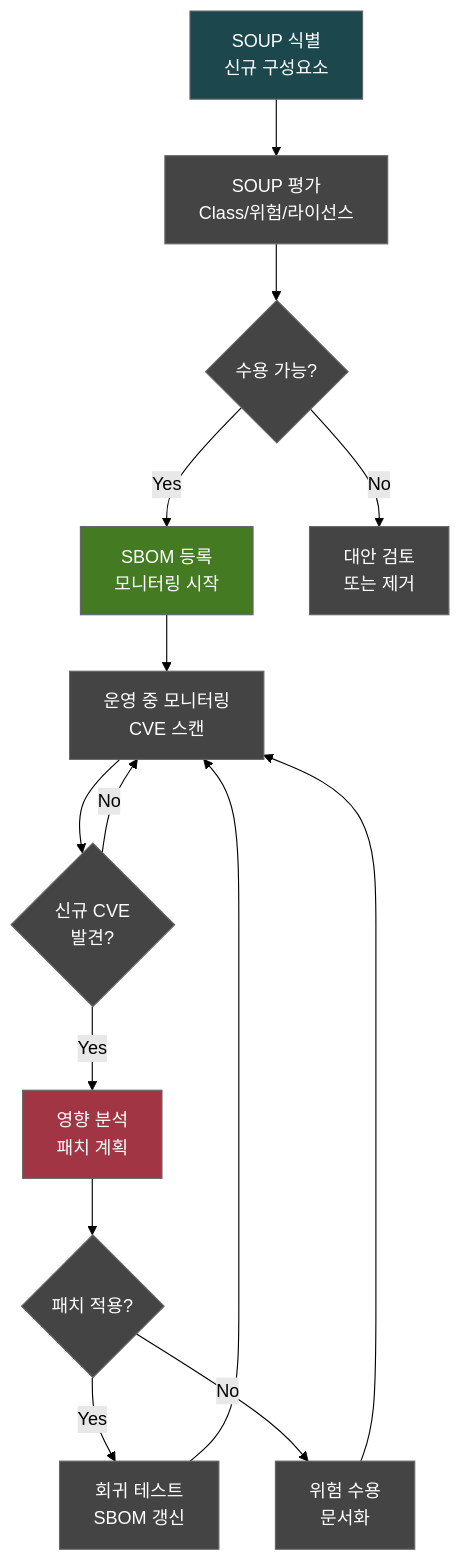
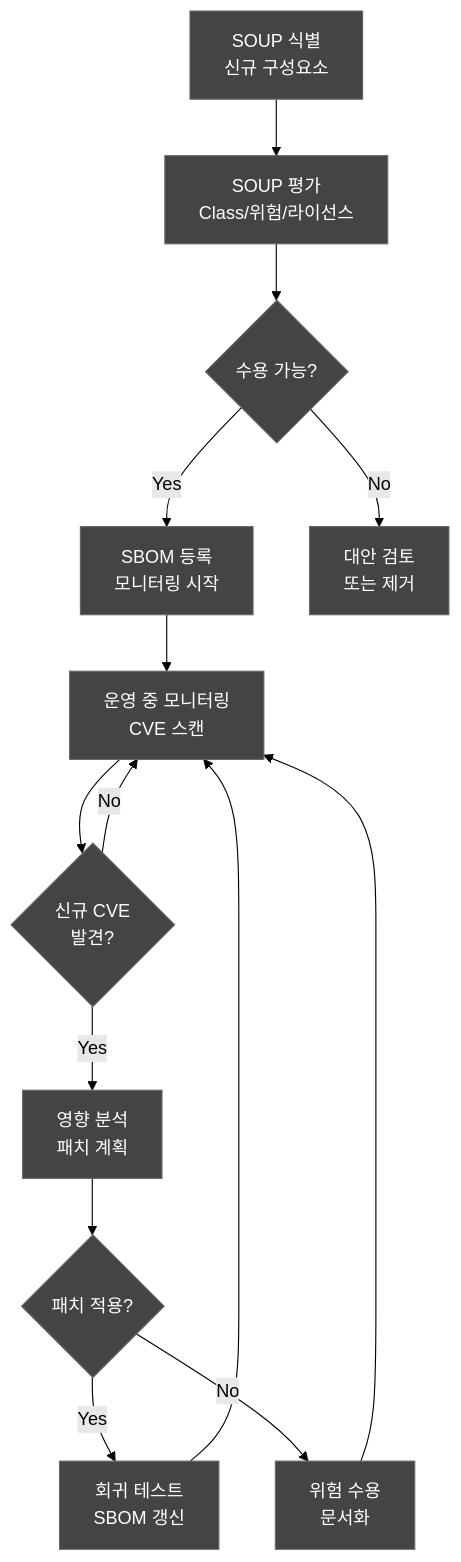
Before and after one commit to holee9/console-gui: the third of 3 diagrams in docs/verification/DOC-033_SOUP_Report_v1.0.md, drawn with Mermaid (forest theme). The commit also changed other lines of this file and 35 other files, not shown here.

First line of the commit message:
fix: 전체 Mermaid 차트 색상 진한 회색 통일

````diff
--- a/docs/verification/DOC-033_SOUP_Report_v1.0.md
+++ b/docs/verification/DOC-033_SOUP_Report_v1.0.md
@@ -273,21 +273,21 @@
 ```mermaid
 flowchart TD
     classDef default fill:#444,stroke:#666,color:#fff
     A[SOUP 식별<br/>신규 구성요소] --> B[SOUP 평가<br/>Class/위험/라이선스]
     B --> C{수용 가능?}
     C -->|Yes| D[SBOM 등록<br/>모니터링 시작]
     C -->|No| E[대안 검토<br/>또는 제거]
     D --> F[운영 중 모니터링<br/>CVE 스캔]
     F --> G{신규 CVE<br/>발견?}
     G -->|Yes| H[영향 분석<br/>패치 계획]
     G -->|No| F
     H --> I{패치 적용?}
     I -->|Yes| J[회귀 테스트<br/>SBOM 갱신]
     I -->|No| K[위험 수용<br/>문서화]
     J --> F
     K --> F
     
-    style A fill:#1B474D,color:#fff
-    style D fill:#437A22,color:#fff
-    style H fill:#A13544,color:#fff
+    style A fill:#444,color:#fff
+    style D fill:#444,color:#fff
+    style H fill:#444,color:#fff
 ```
````
